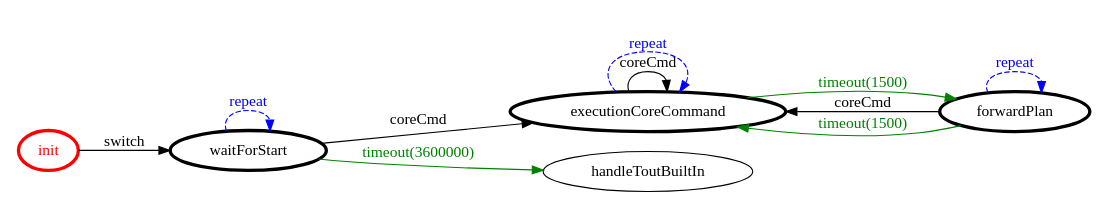
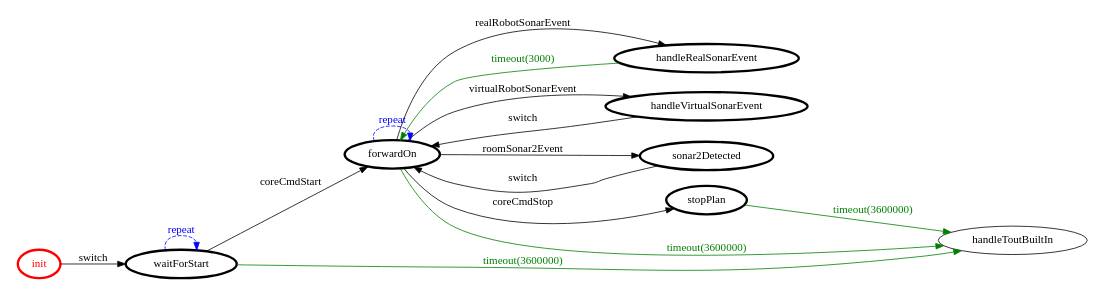
The diagram in it.unibo.projectRobot/srcMore/it/unibo/movecorelogic/movecorelogic.gv (FraGio/iss2018), drawn with Graphviz before and after one commit. The commit also changed 13 other files, not shown here.

```diff
--- a/it.unibo.projectRobot/srcMore/it/unibo/movecorelogic/movecorelogic.gv
+++ b/it.unibo.projectRobot/srcMore/it/unibo/movecorelogic/movecorelogic.gv
@@ -1,27 +1,34 @@
 /*
 *
 * A GraphViz DOT FSM description 
 * Please use a GraphViz visualizer (like http://www.webgraphviz.com)
 *  
 */
 
 digraph finite_state_machine {
 	rankdir=LR
 	size="8,5"
 	
 	init [ color = red ][ fontcolor = red ][ penwidth = 3 ]
-	forwardPlan [ color = black ][ fontcolor = black ][ penwidth = 3 ]
+	handleRealSonarEvent [ color = black ][ fontcolor = black ][ penwidth = 3 ]
+	handleVirtualSonarEvent [ color = black ][ fontcolor = black ][ penwidth = 3 ]
+	sonar2Detected [ color = black ][ fontcolor = black ][ penwidth = 3 ]
 	waitForStart [ color = black ][ fontcolor = black ][ penwidth = 3 ]
-	executionCoreCommand [ color = black ][ fontcolor = black ][ penwidth = 3 ]
+	forwardOn [ color = black ][ fontcolor = black ][ penwidth = 3 ]
+	stopPlan [ color = black ][ fontcolor = black ][ penwidth = 3 ]
 	
-	executionCoreCommand -> executionCoreCommand [ label = "coreCmd" ][ color = black ][ fontcolor = black ]
-	forwardPlan -> executionCoreCommand [ label = "coreCmd" ][ color = black ][ fontcolor = black ]
-	executionCoreCommand -> forwardPlan [ label = "timeout(1500)" ][ color = green ][ fontcolor = green ]
+	sonar2Detected -> forwardOn [ label = "switch" ][ color = black ][ fontcolor = black ]
 	waitForStart -> handleToutBuiltIn [ label = "timeout(3600000)" ][ color = green ][ fontcolor = green ]
-	executionCoreCommand -> executionCoreCommand [ label = "repeat "][ style = dashed ][ color = blue ][ fontcolor = blue ]
-	forwardPlan -> forwardPlan [ label = "repeat "][ style = dashed ][ color = blue ][ fontcolor = blue ]
-	waitForStart -> executionCoreCommand [ label = "coreCmd" ][ color = black ][ fontcolor = black ]
+	handleVirtualSonarEvent -> forwardOn [ label = "switch" ][ color = black ][ fontcolor = black ]
+	stopPlan -> handleToutBuiltIn [ label = "timeout(3600000)" ][ color = green ][ fontcolor = green ]
+	waitForStart -> forwardOn [ label = "coreCmdStart" ][ color = black ][ fontcolor = black ]
+	forwardOn -> handleToutBuiltIn [ label = "timeout(3600000)" ][ color = green ][ fontcolor = green ]
+	forwardOn -> stopPlan [ label = "coreCmdStop" ][ color = black ][ fontcolor = black ]
+	handleRealSonarEvent -> forwardOn [ label = "timeout(3000)" ][ color = green ][ fontcolor = green ]
+	forwardOn -> handleVirtualSonarEvent [ label = "virtualRobotSonarEvent" ][ color = black ][ fontcolor = black ]
 	waitForStart -> waitForStart [ label = "repeat "][ style = dashed ][ color = blue ][ fontcolor = blue ]
-	forwardPlan -> executionCoreCommand [ label = "timeout(1500)" ][ color = green ][ fontcolor = green ]
+	forwardOn -> handleRealSonarEvent [ label = "realRobotSonarEvent" ][ color = black ][ fontcolor = black ]
+	forwardOn -> forwardOn [ label = "repeat "][ style = dashed ][ color = blue ][ fontcolor = blue ]
 	init -> waitForStart [ label = "switch" ][ color = black ][ fontcolor = black ]
+	forwardOn -> sonar2Detected [ label = "roomSonar2Event" ][ color = black ][ fontcolor = black ]
 }
```
